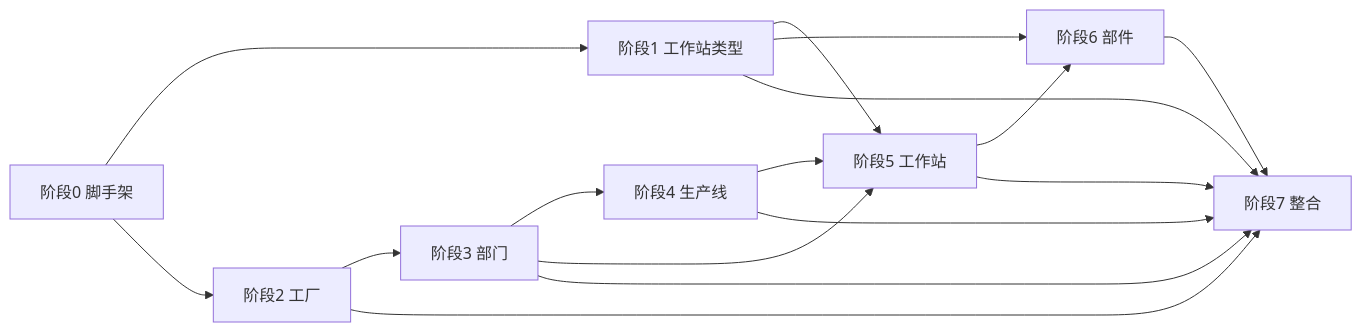
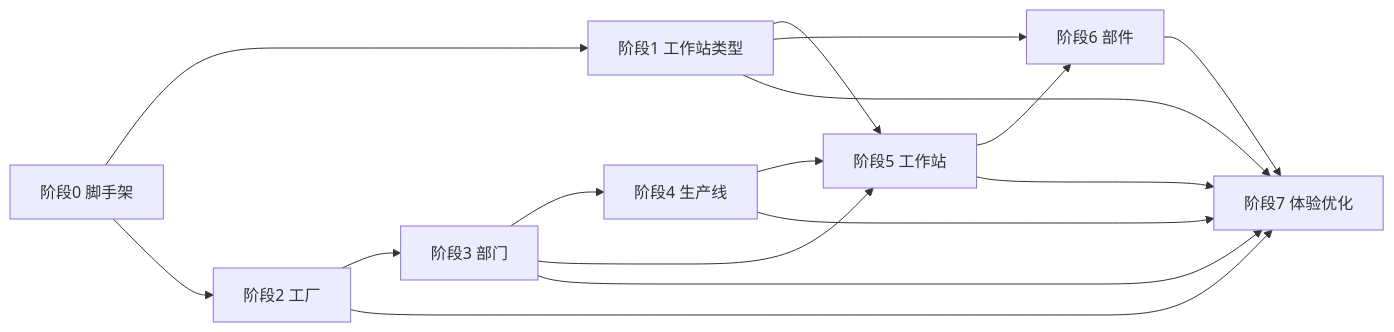
One commit to eatsleepractice0/mes changed the diagram in spec/task.md. Above: the diagram before and after it, drawn with Mermaid. The commit also changed other lines of this file and 1 other file, not shown here.

````diff
--- a/spec/task.md
+++ b/spec/task.md
@@ -295,18 +290,18 @@
 ```mermaid
 graph LR
     T0[阶段0 脚手架] --> T1[阶段1 工作站类型]
     T0 --> T2[阶段2 工厂]
     T2 --> T3[阶段3 部门]
     T3 --> T4[阶段4 生产线]
     T1 --> T5[阶段5 工作站]
     T3 --> T5
     T4 --> T5
     T1 --> T6[阶段6 部件]
     T5 --> T6
-    T1 --> T7[阶段7 整合]
+    T1 --> T7[阶段7 体验优化]
     T2 --> T7
     T3 --> T7
     T4 --> T7
     T5 --> T7
     T6 --> T7
 ```
````
